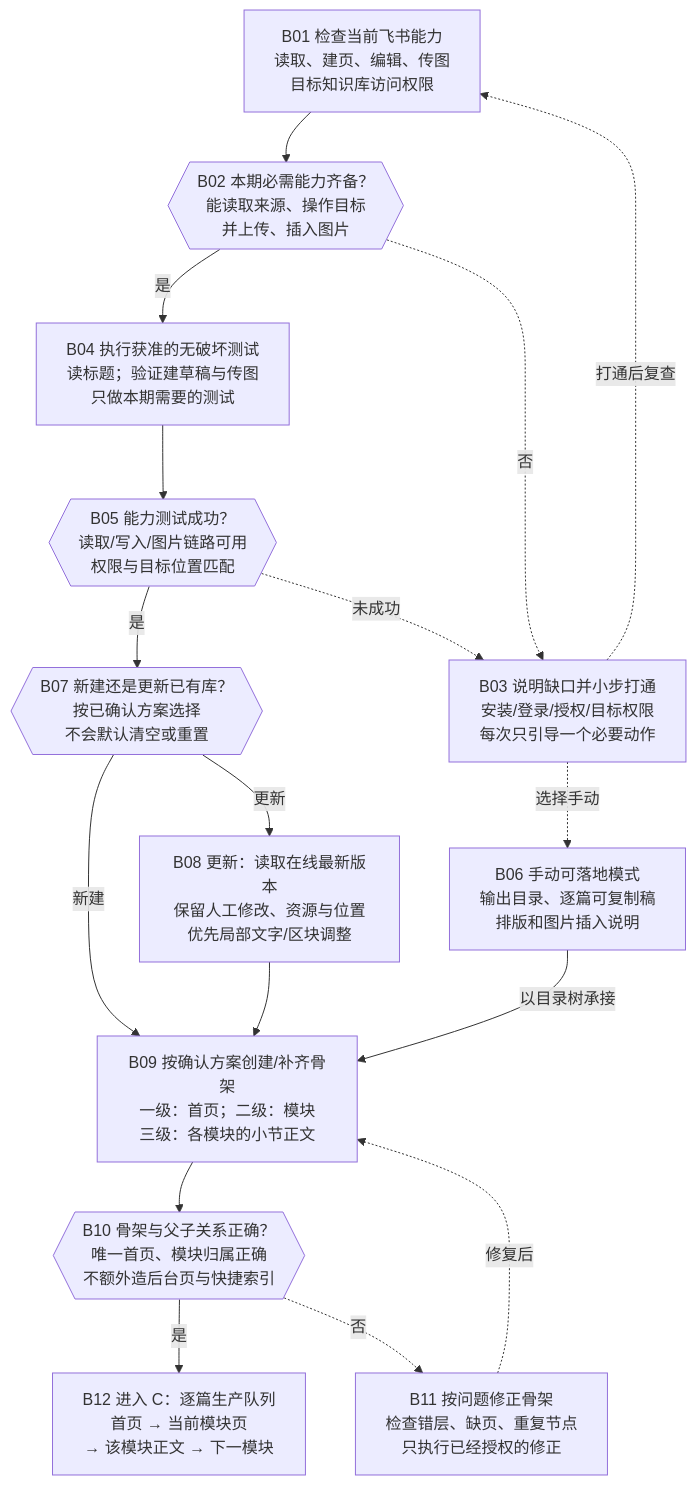
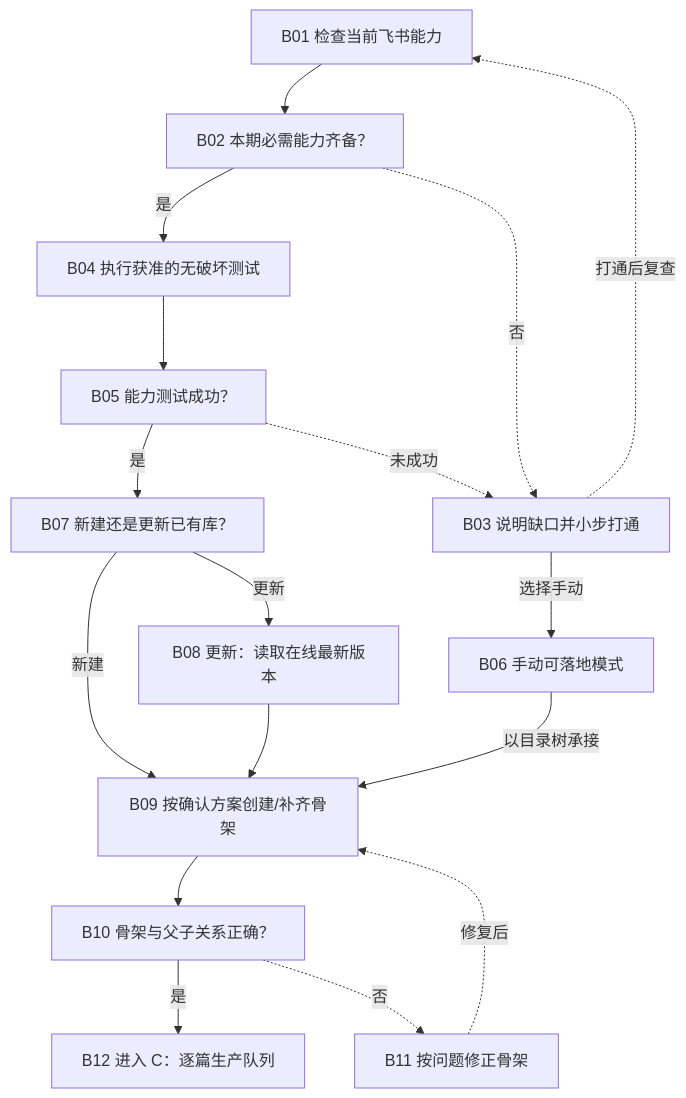
Before and after one commit to banmu23/banmu-skills: the third of 8 diagrams in plugins/feishu-kb-product-builder/skills/feishu-kb-product-builder/references/流程图.md, drawn with Mermaid. The commit also changed other lines of this file and 53 other files, not shown here.

Commit message:
发布知识库 V3 与正文配图 V2：关键锚点、丰富表演和高质感光影

````diff
--- a/plugins/feishu-kb-product-builder/skills/feishu-kb-product-builder/references/流程图.md
+++ b/plugins/feishu-kb-product-builder/skills/feishu-kb-product-builder/references/流程图.md
@@ -103,31 +95,31 @@
 ```mermaid
 flowchart TD
-  B01["B01 检查当前飞书能力<br/>读取、建页、编辑、传图<br/>目标知识库访问权限"]
-  B02{{"B02 本期必需能力齐备？<br/>能读取来源、操作目标<br/>并上传、插入图片"}}
-  B03["B03 说明缺口并小步打通<br/>安装/登录/授权/目标权限<br/>每次只引导一个必要动作"]
-  B04["B04 执行获准的无破坏测试<br/>读标题；验证建草稿与传图<br/>只做本期需要的测试"]
-  B05{{"B05 能力测试成功？<br/>读取/写入/图片链路可用<br/>权限与目标位置匹配"}}
-  B06["B06 手动可落地模式<br/>输出目录、逐篇可复制稿<br/>排版和图片插入说明"]
-  B07{{"B07 新建还是更新已有库？<br/>按已确认方案选择<br/>不会默认清空或重置"}}
-  B08["B08 更新：读取在线最新版本<br/>保留人工修改、资源与位置<br/>优先局部文字/区块调整"]
-  B09["B09 按确认方案创建/补齐骨架<br/>一级：首页；二级：模块<br/>三级：各模块的小节正文"]
-  B10{{"B10 骨架与父子关系正确？<br/>唯一首页、模块归属正确<br/>不额外造后台页与快捷索引"}}
-  B11["B11 按问题修正骨架<br/>检查错层、缺页、重复节点<br/>只执行已经授权的修正"]
-  B12["B12 进入 C：逐篇生产队列<br/>首页 → 当前模块页<br/>→ 该模块正文 → 下一模块"]
+  B01["B01 检查当前飞书能力"]
+  B02["B02 本期必需能力齐备？"]
+  B03["B03 说明缺口并小步打通"]
+  B04["B04 执行获准的无破坏测试"]
+  B05["B05 能力测试成功？"]
+  B06["B06 手动可落地模式"]
+  B07["B07 新建还是更新已有库？"]
+  B08["B08 更新：读取在线最新版本"]
+  B09["B09 按确认方案创建/补齐骨架"]
+  B10["B10 骨架与父子关系正确？"]
+  B11["B11 按问题修正骨架"]
+  B12["B12 进入 C：逐篇生产队列"]
   B01 --> B02
   B02 --> |是| B04
   B04 --> B05
   B05 --> |是| B07
   B07 --> |新建| B09
   B08 --> B09
   B09 --> B10
   B10 --> |是| B12
   B02 -.-> |否| B03
   B03 -.-> |打通后复查| B01
-  B03 -.-> |选择手动| B06
+  B03 --> |选择手动| B06
   B05 -.-> |未成功| B03
   B06 --> |以目录树承接| B09
   B07 --> |更新| B08
   B10 -.-> |否| B11
   B11 -.-> |修复后| B09
 ```
````
